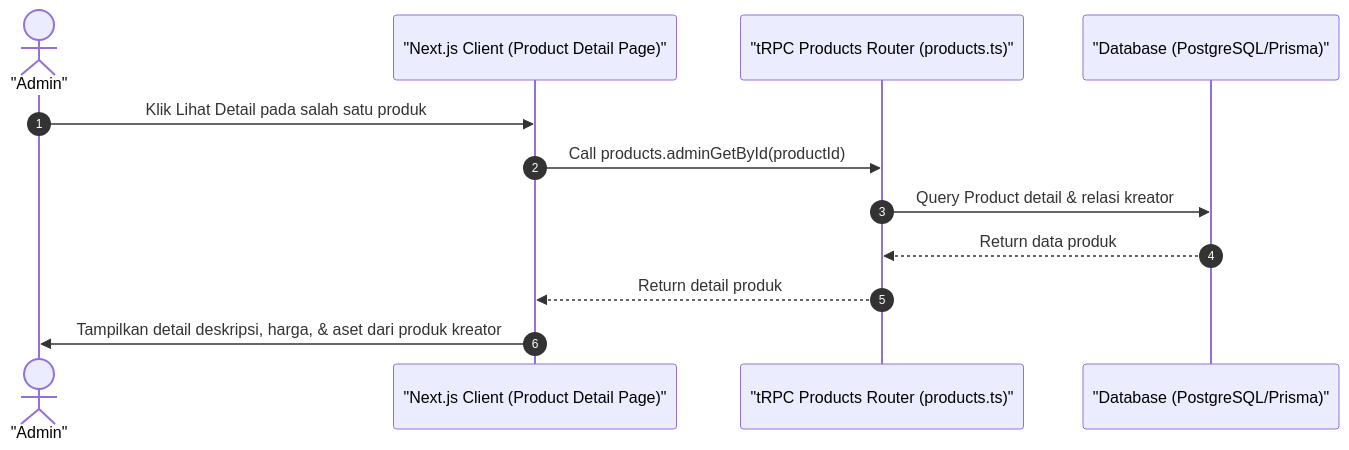
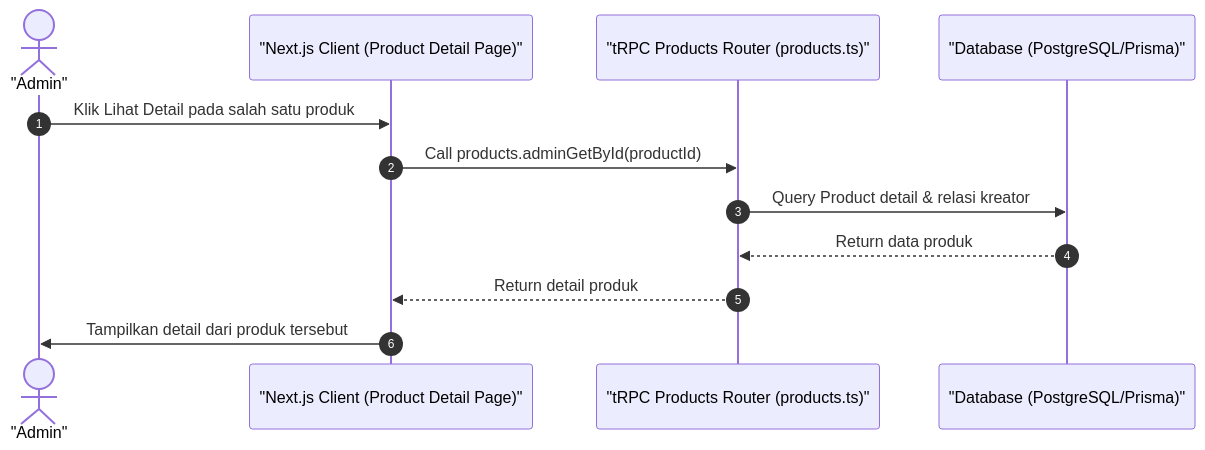
Before and after one commit to luputer/CuanIN: the diagram in docs/07-admin-kreator-product-detail.md, drawn with Mermaid. The commit also changed 7 other files, not shown here.

Commit message:
perbaiki sequence

````diff
--- a/docs/07-admin-kreator-product-detail.md
+++ b/docs/07-admin-kreator-product-detail.md
@@ -5,16 +5,16 @@
 ```mermaid
 sequenceDiagram
     autonumber
     actor Admin as "Admin"
     participant Client as "Next.js Client (Product Detail Page)"
     participant Server as "tRPC Products Router (products.ts)"
     participant DB as "Database (PostgreSQL/Prisma)"
 
     Admin->>Client: Klik Lihat Detail pada salah satu produk
     Client->>Server: Call products.adminGetById(productId)
     Server->>DB: Query Product detail & relasi kreator
     DB-->>Server: Return data produk
     Server-->>Client: Return detail produk
-    Client->>Admin: Tampilkan detail deskripsi, harga, & aset dari produk kreator
+    Client->>Admin: Tampilkan detail dari produk tersebut
 
 ```
````
